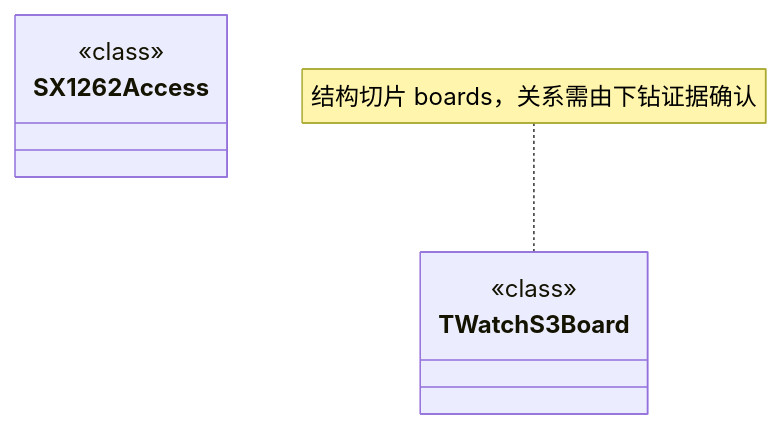
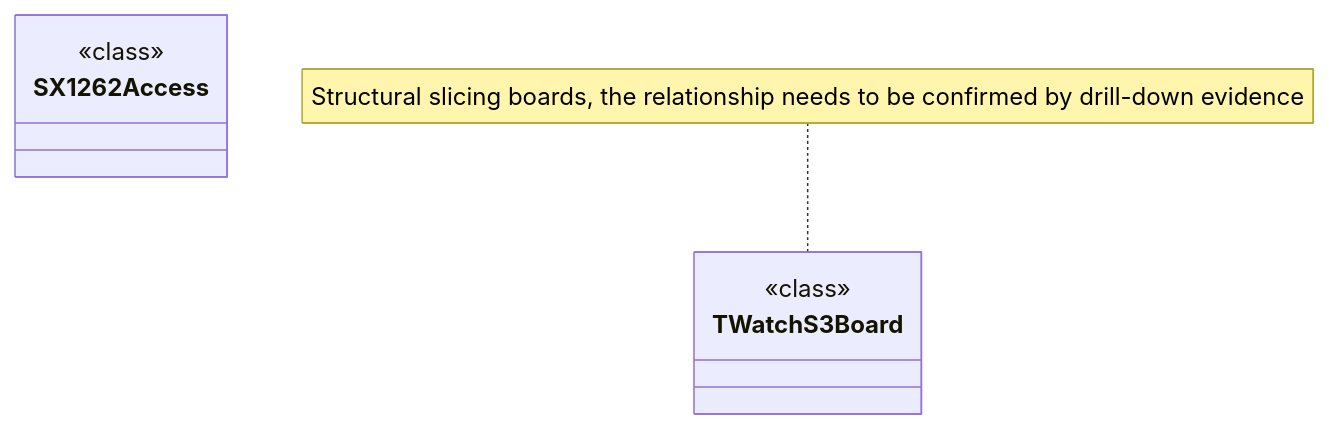
The diagram in docs/engineering/class-structural-diagrams/boards-twatchs3-include-boards/class-structural-diagram.md (manmuqingshan/trail-mate), drawn with Mermaid before and after one commit. The commit also changed other lines of this file and 527 other files, not shown here.

````diff
--- a/docs/engineering/class-structural-diagrams/boards-twatchs3-include-boards/class-structural-diagram.md
+++ b/docs/engineering/class-structural-diagrams/boards-twatchs3-include-boards/class-structural-diagram.md
@@ -42,10 +42,10 @@
 ```mermaid
 classDiagram
   class TWatchS3Board["TWatchS3Board"] {
     <<class>>
   }
   class SX1262Access["SX1262Access"] {
     <<class>>
   }
-  note for TWatchS3Board "结构切片 boards，关系需由下钻证据确认"
+ note for TWatchS3Board "Structural slicing boards, the relationship needs to be confirmed by drill-down evidence"
 ```
````
